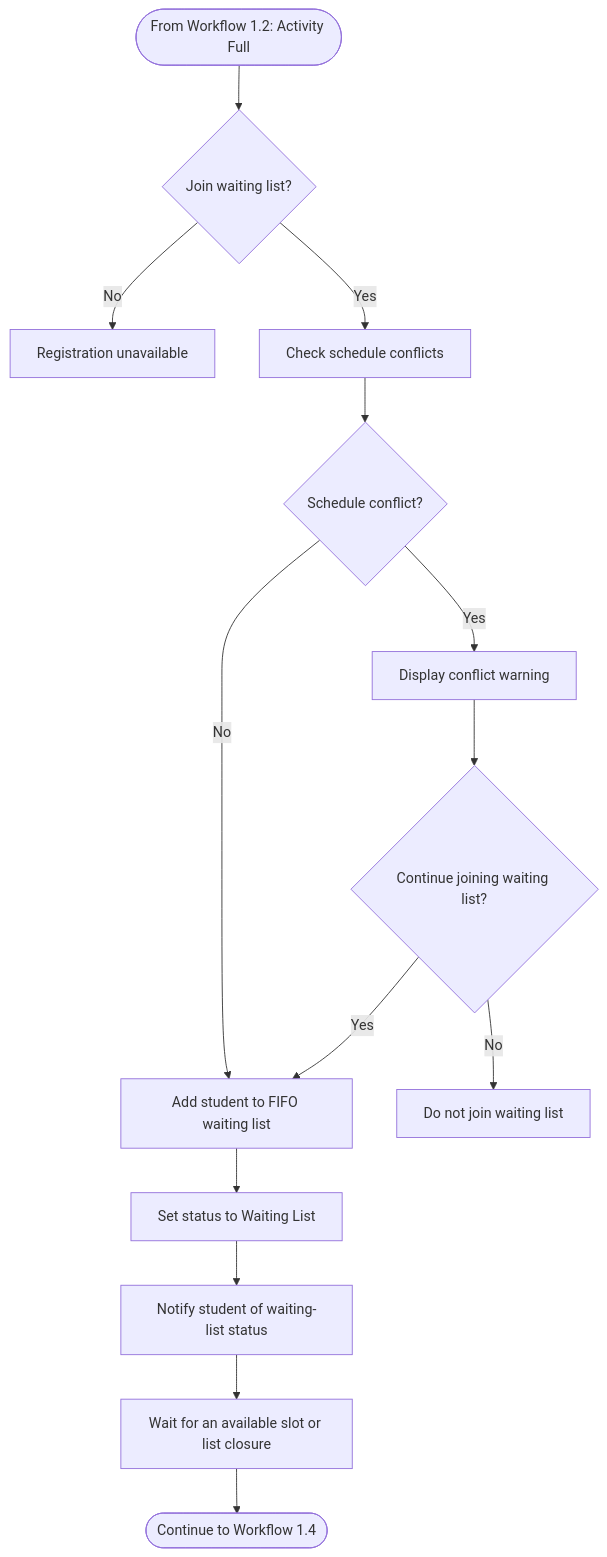
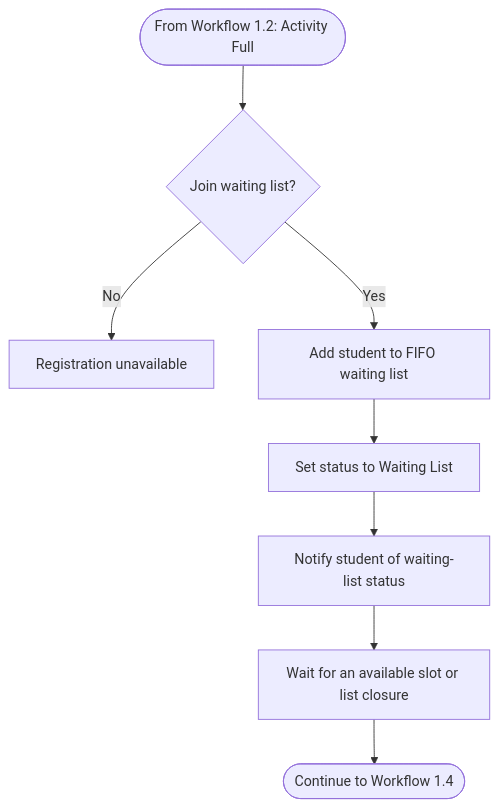
Before and after one commit to APCSk24-CS300/cs300-project: the third of 5 diagrams in docs/requirements/vision-document.md, drawn with Mermaid. The commit also changed other lines of this file and 2 other files, not shown here.

Commit message:
Update all document in requirement

````diff
--- a/docs/requirements/vision-document.md
+++ b/docs/requirements/vision-document.md
@@ -169,22 +169,13 @@
 ```mermaid
 flowchart TD
     A([From Workflow 1.2: Activity Full])
     A --> B{Join waiting list?}
 
     B -->|No| C[Registration unavailable]
-    B -->|Yes| D[Check schedule conflicts]
-
-    D --> E{Schedule conflict?}
-
-    E -->|Yes| F[Display conflict warning]
-    E -->|No| I[Add student to FIFO waiting list]
-
-    F --> G{Continue joining waiting list?}
-    G -->|No| H[Do not join waiting list]
-    G -->|Yes| I
+    B -->|Yes| I[Add student to FIFO waiting list]
 
     I --> J[Set status to Waiting List]
     J --> K[Notify student of waiting-list status]
     K --> L[Wait for an available slot or list closure]
     L --> M([Continue to Workflow 1.4])
 ```
````
